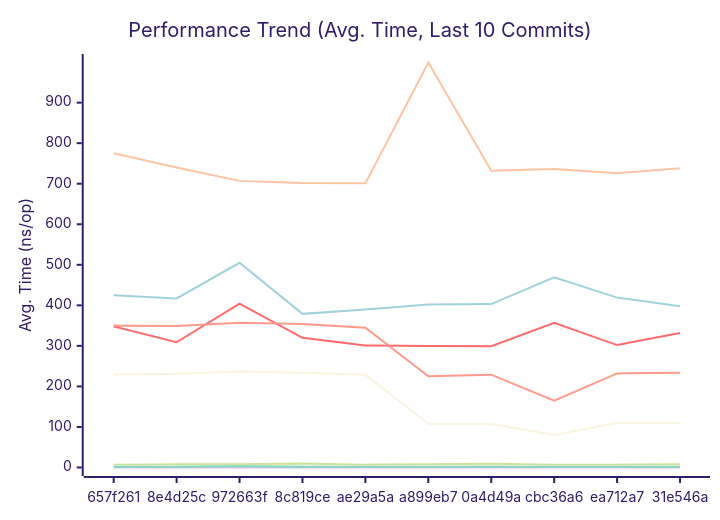
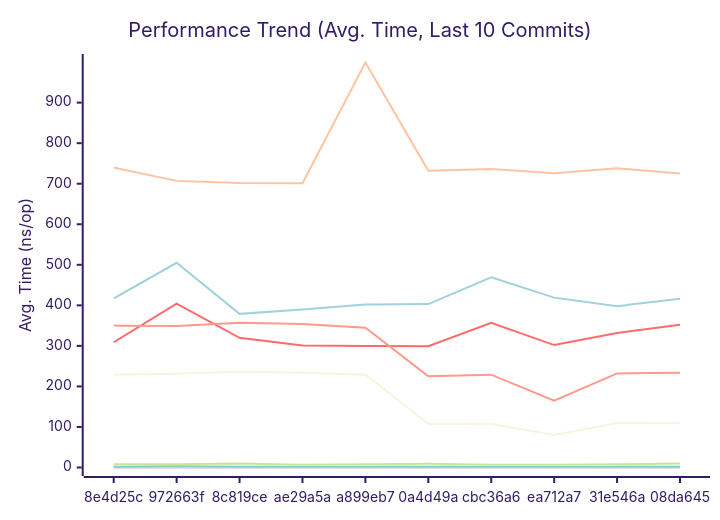
Before and after one commit to alsotoes/momo: the first of 3 diagrams in docs/PERFORMANCE.md, drawn with Mermaid (forest theme). The commit also changed other lines of this file and 17 other files, not shown here.

````diff
--- a/docs/PERFORMANCE.md
+++ b/docs/PERFORMANCE.md
@@ -80,16 +80,16 @@
 ```mermaid
 xychart-beta
     title "Performance Trend (Avg. Time, Last 10 Commits)"
     x-axis "Commit"
     y-axis "Avg. Time (ns/op)"
-    x-axis [657f261,8e4d25c,972663f,8c819ce,ae29a5a,a899eb7,0a4d49a,cbc36a6,ea712a7,31e546a]
-    line "CheckMetricsAndSwap" [7,8,8,10,7,8,9,7,7,8]
-    line "CrushOptimized" [348,309,404,320,301,300,299,357,302,332]
-    line "CrushOriginal" [425,417,505,379,390,402,403,469,419,398]
+    x-axis [8e4d25c,972663f,8c819ce,ae29a5a,a899eb7,0a4d49a,cbc36a6,ea712a7,31e546a,08da645]
+    line "CheckMetricsAndSwap" [8,8,10,7,8,9,7,7,8,10]
+    line "CrushOptimized" [309,404,320,301,300,299,357,302,332,352]
+    line "CrushOriginal" [417,505,379,390,402,403,469,419,398,416]
     line "IndexDirectTracking" [0,0,0,0,0,0,0,0,0,0]
     line "IndexSearch" [3,3,3,3,3,3,3,3,3,3]
-    line "LoadGlobalConfig" [775,740,707,702,701,999,732,736,726,738]
-    line "PadString" [2,2,3,2,2,2,2,2,2,2]
+    line "LoadGlobalConfig" [740,707,702,701,999,732,736,726,738,725]
+    line "PadString" [2,3,2,2,2,2,2,2,2,2]
     line "ParseReplicationOrder_NoPrealloc" [350,349,357,354,345,225,229,165,232,234]
     line "ParseReplicationOrder_Prealloc" [229,231,237,234,229,108,107,80,110,109]
 ```
````
